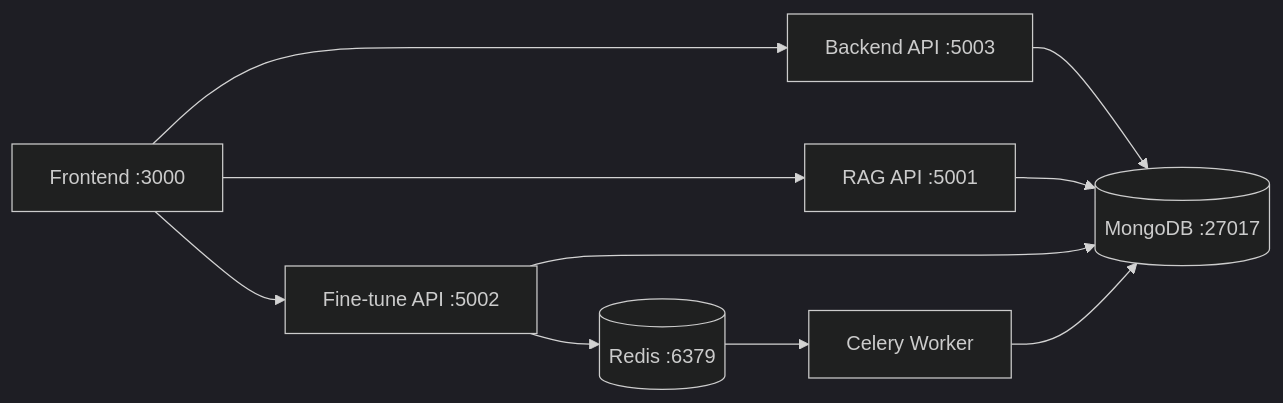
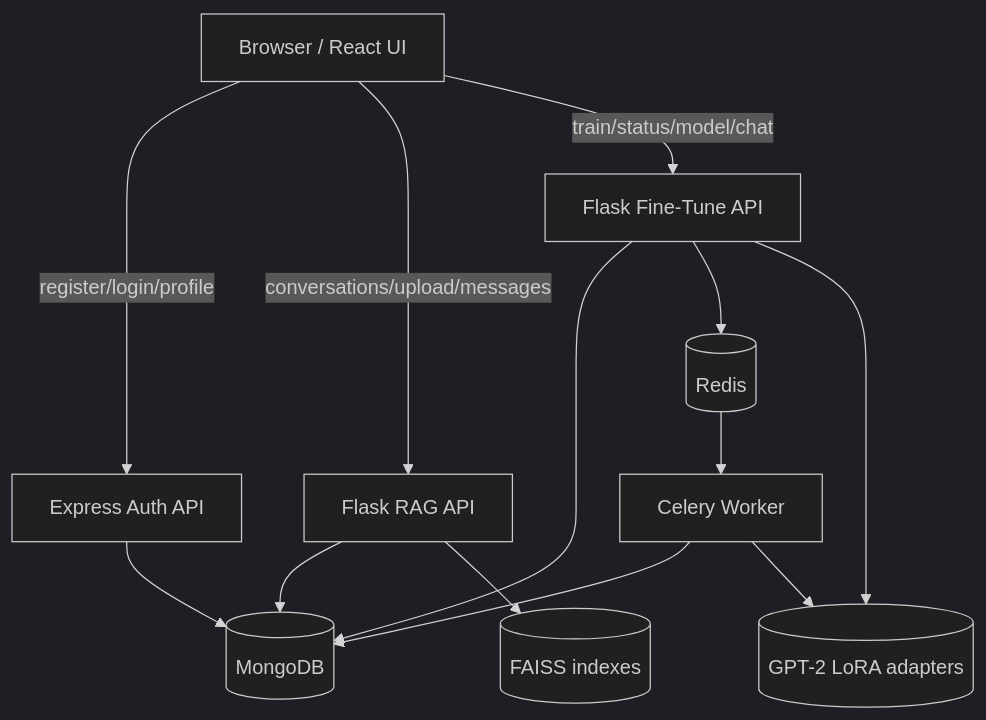
The diagram in ARCHITECTURE.md (haseebraza715/EngageMind), drawn with Mermaid (dark theme) before and after one commit. The commit also changed other lines of this file and 7 other files, not shown here.

````diff
--- a/ARCHITECTURE.md
+++ b/ARCHITECTURE.md
@@ -11,20 +17,26 @@
 ```mermaid
-flowchart LR
-  FE["Frontend :3000"]
-  BE["Backend API :5003"]
-  RAG["RAG API :5001"]
-  FT["Fine-tune API :5002"]
-  MDB[("MongoDB :27017")]
-  REDIS[("Redis :6379")]
-  CELERY["Celery Worker"]
+flowchart TB
+  Browser["Browser / React UI"]
+  Auth["Express Auth API"]
+  Rag["Flask RAG API"]
+  Tune["Flask Fine-Tune API"]
+  Worker["Celery Worker"]
+  Mongo[("MongoDB")]
+  Redis[("Redis")]
+  Faiss[("FAISS indexes")]
+  Adapter[("GPT-2 LoRA adapters")]
 
-  FE --> BE
-  FE --> RAG
-  FE --> FT
-  BE --> MDB
-  RAG --> MDB
-  FT --> MDB
-  FT --> REDIS
-  REDIS --> CELERY
-  CELERY --> MDB
+  Browser -->|"register/login/profile"| Auth
+  Browser -->|"conversations/upload/messages"| Rag
+  Browser -->|"train/status/model/chat"| Tune
+
+  Auth --> Mongo
+  Rag --> Mongo
+  Rag --> Faiss
+  Tune --> Mongo
+  Tune --> Redis
+  Redis --> Worker
+  Worker --> Mongo
+  Worker --> Adapter
+  Tune --> Adapter
 ```
````
